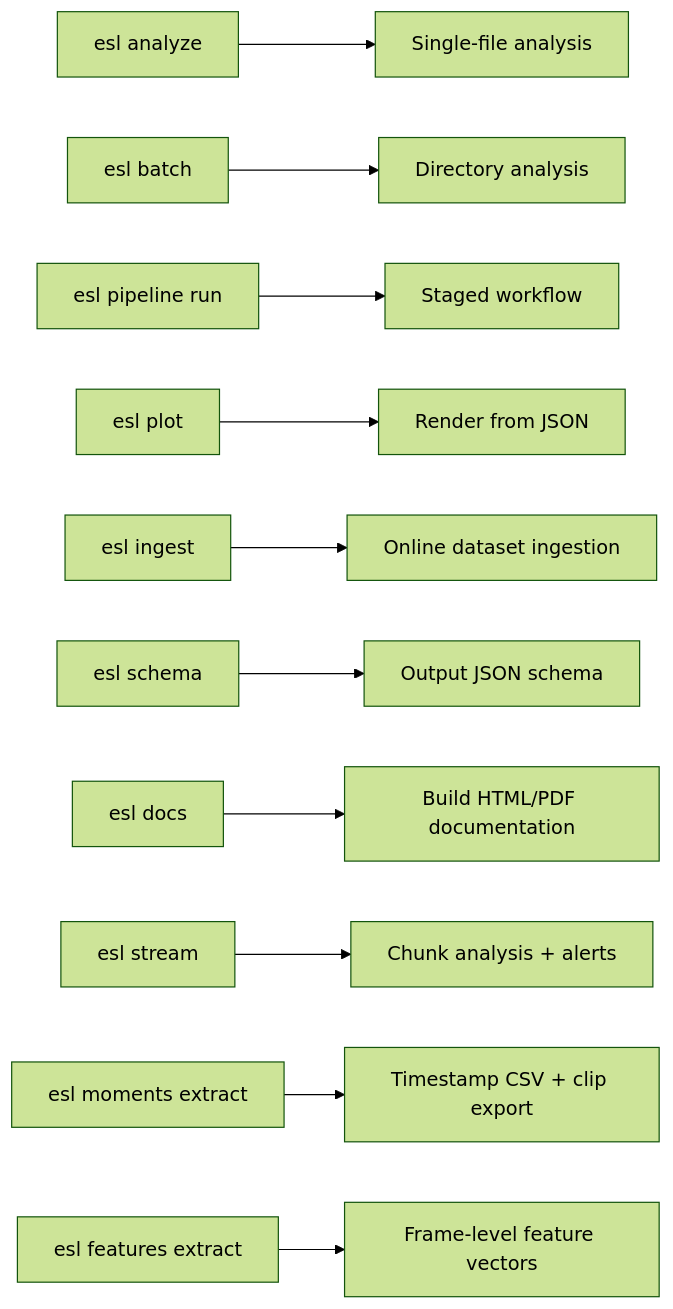
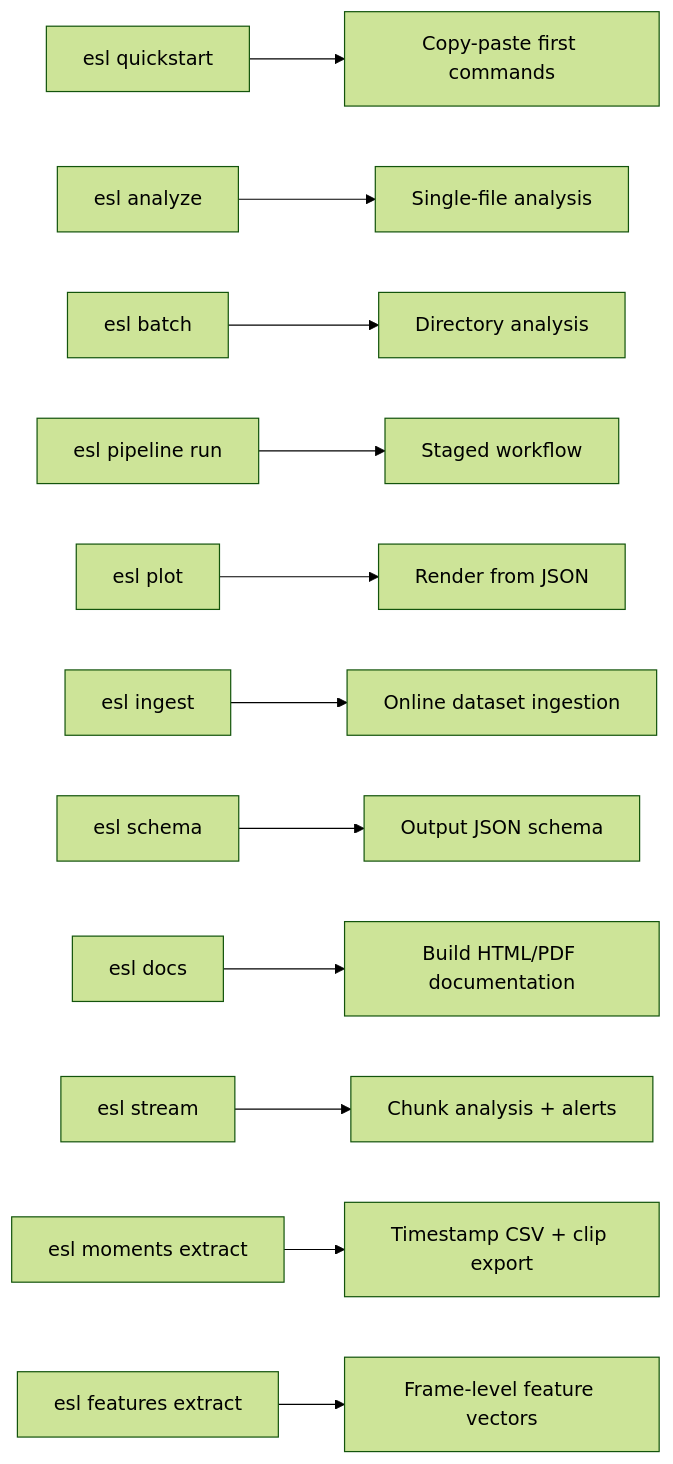
One commit to TheColby/ecoSignalLab changed the fourth of 9 diagrams in README.md. Above: the diagram before and after it, drawn with Mermaid (forest theme). The commit also changed other lines of this file and 4 other files, not shown here.

Commit message:
Improve first-time UX with quickstart command and docs

````diff
--- a/README.md
+++ b/README.md
@@ -129,13 +151,14 @@
 ```mermaid
 flowchart LR
+    K["esl quickstart"] --> K1["Copy-paste first commands"]
     A["esl analyze"] --> A1["Single-file analysis"]
     B["esl batch"] --> B1["Directory analysis"]
     C["esl pipeline run"] --> C1["Staged workflow"]
     D["esl plot"] --> D1["Render from JSON"]
     E["esl ingest"] --> E1["Online dataset ingestion"]
     F["esl schema"] --> F1["Output JSON schema"]
     G["esl docs"] --> G1["Build HTML/PDF documentation"]
     H["esl stream"] --> H1["Chunk analysis + alerts"]
     I["esl moments extract"] --> I1["Timestamp CSV + clip export"]
     J["esl features extract"] --> J1["Frame-level feature vectors"]
 ```
````
